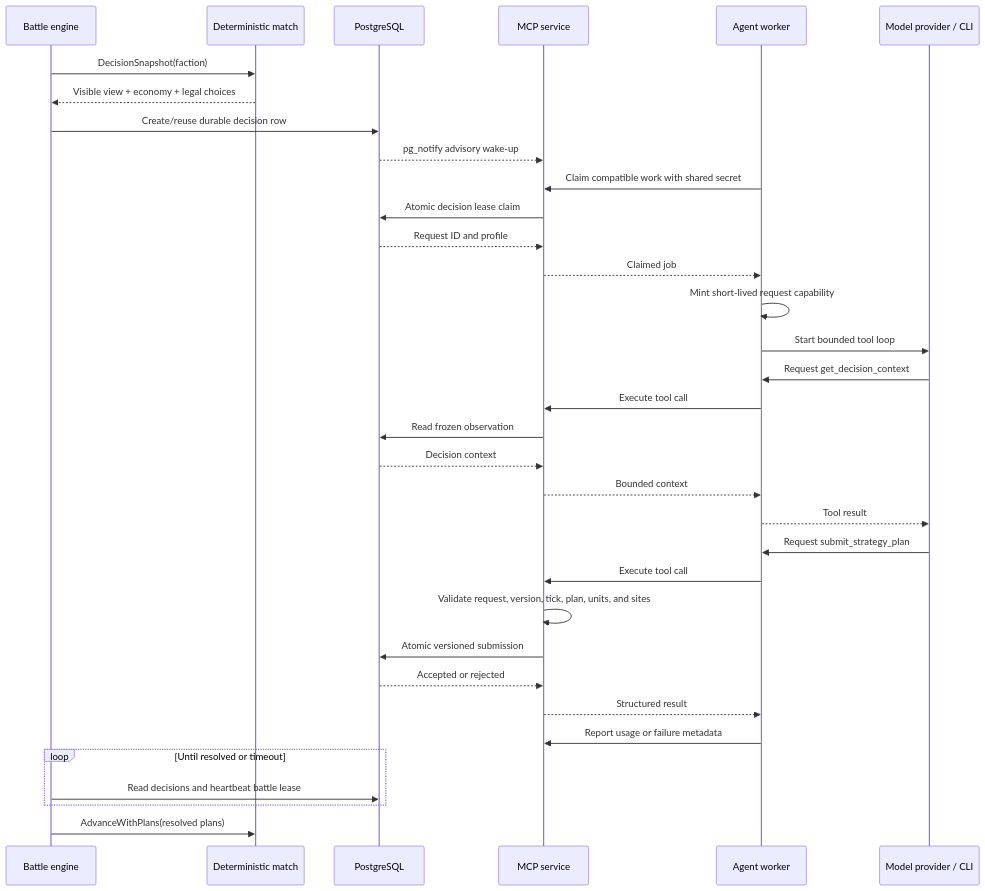
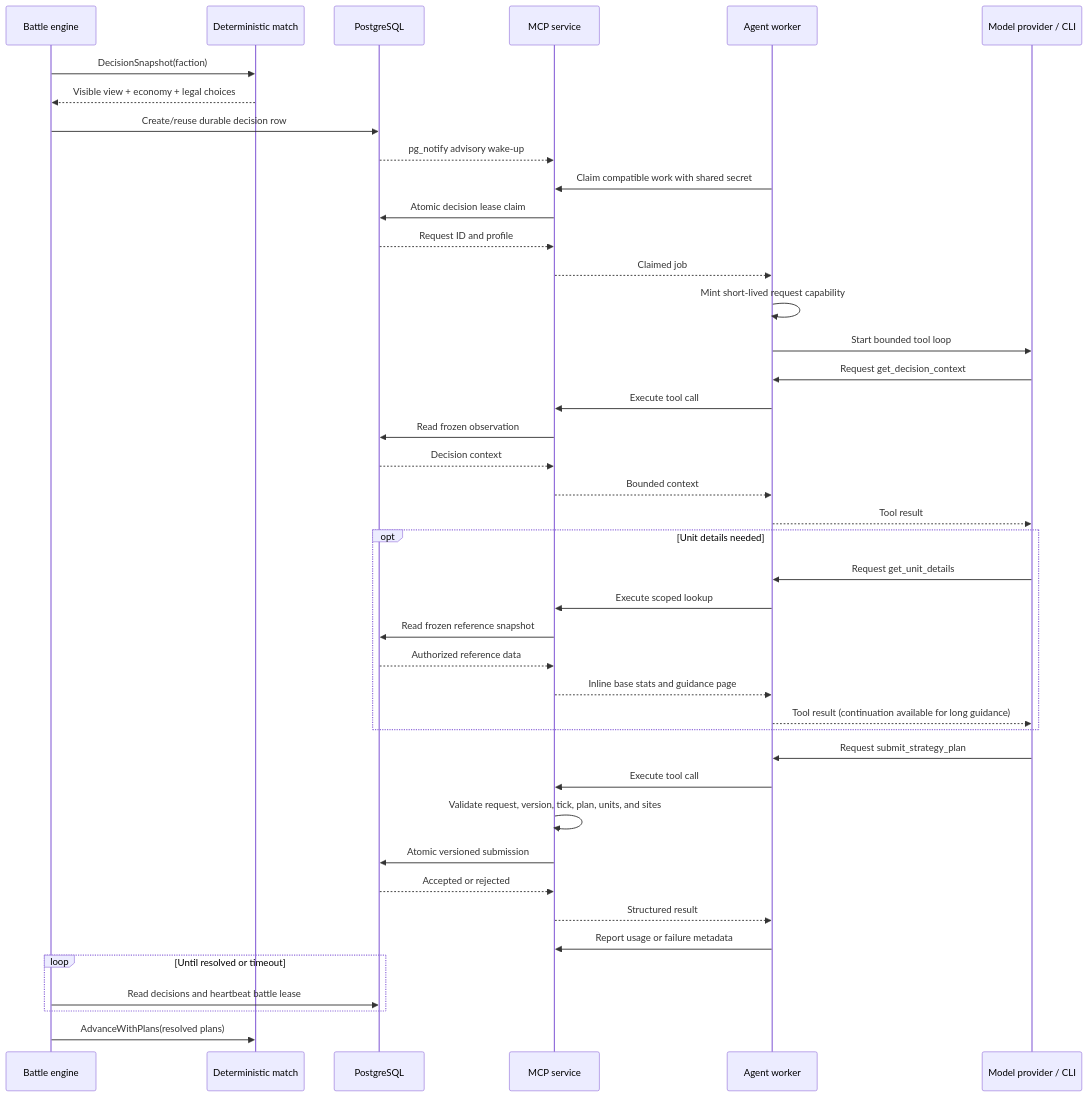
The third of 5 diagrams in docs/design/system-architecture.md (twhAuto/autonomous_battlefield), drawn with Mermaid before and after one commit. The commit also changed other lines of this file and 41 other files, not shown here.

````diff
--- a/docs/design/system-architecture.md
+++ b/docs/design/system-architecture.md
@@ -262,37 +264,45 @@
 ```mermaid
 sequenceDiagram
     participant Engine as Battle engine
     participant Match as Deterministic match
     participant DB as PostgreSQL
     participant MCP as MCP service
     participant Agent as Agent worker
     participant Model as Model provider / CLI
 
     Engine->>Match: DecisionSnapshot(faction)
     Match-->>Engine: Visible view + economy + legal choices
     Engine->>DB: Create/reuse durable decision row
     DB-->>MCP: pg_notify advisory wake-up
     Agent->>MCP: Claim compatible work with shared secret
     MCP->>DB: Atomic decision lease claim
     DB-->>MCP: Request ID and profile
     MCP-->>Agent: Claimed job
     Agent->>Agent: Mint short-lived request capability
     Agent->>Model: Start bounded tool loop
     Model->>Agent: Request get_decision_context
     Agent->>MCP: Execute tool call
     MCP->>DB: Read frozen observation
     DB-->>MCP: Decision context
     MCP-->>Agent: Bounded context
     Agent-->>Model: Tool result
+    opt Unit details needed
+        Model->>Agent: Request get_unit_details
+        Agent->>MCP: Execute scoped lookup
+        MCP->>DB: Read frozen reference snapshot
+        DB-->>MCP: Authorized reference data
+        MCP-->>Agent: Inline base stats and guidance page
+        Agent-->>Model: Tool result (continuation available for long guidance)
+    end
     Model->>Agent: Request submit_strategy_plan
     Agent->>MCP: Execute tool call
     MCP->>MCP: Validate request, version, tick, plan, units, and sites
     MCP->>DB: Atomic versioned submission
     DB-->>MCP: Accepted or rejected
     MCP-->>Agent: Structured result
     Agent->>MCP: Report usage or failure metadata
     loop Until resolved or timeout
         Engine->>DB: Read decisions and heartbeat battle lease
     end
     Engine->>Match: AdvanceWithPlans(resolved plans)
 ```
````
